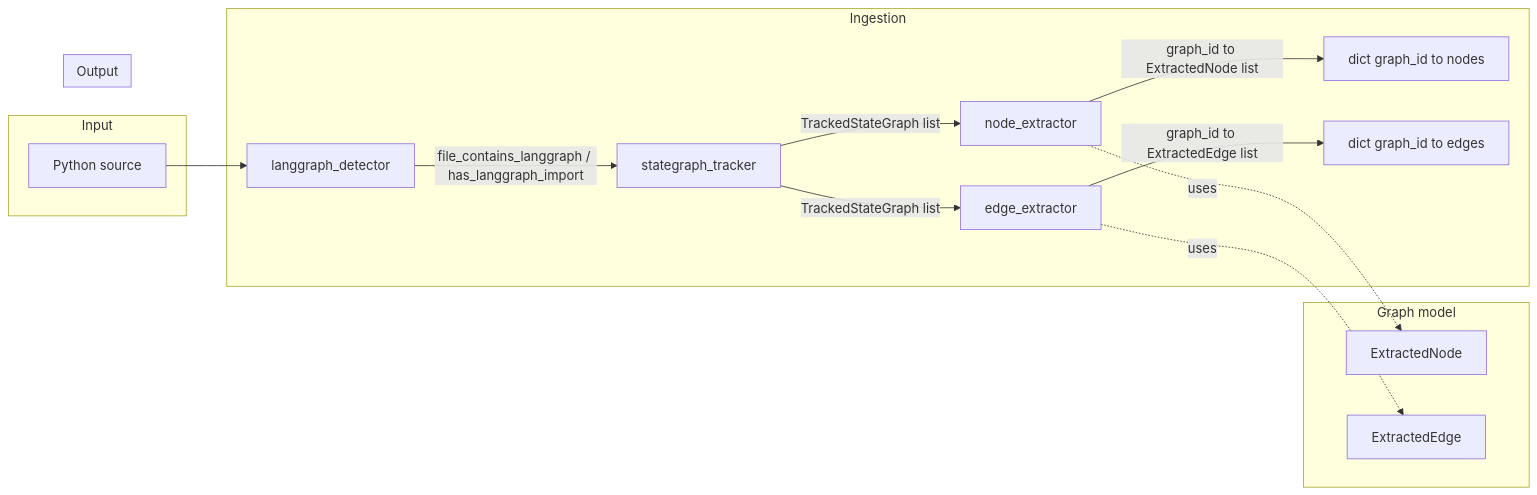
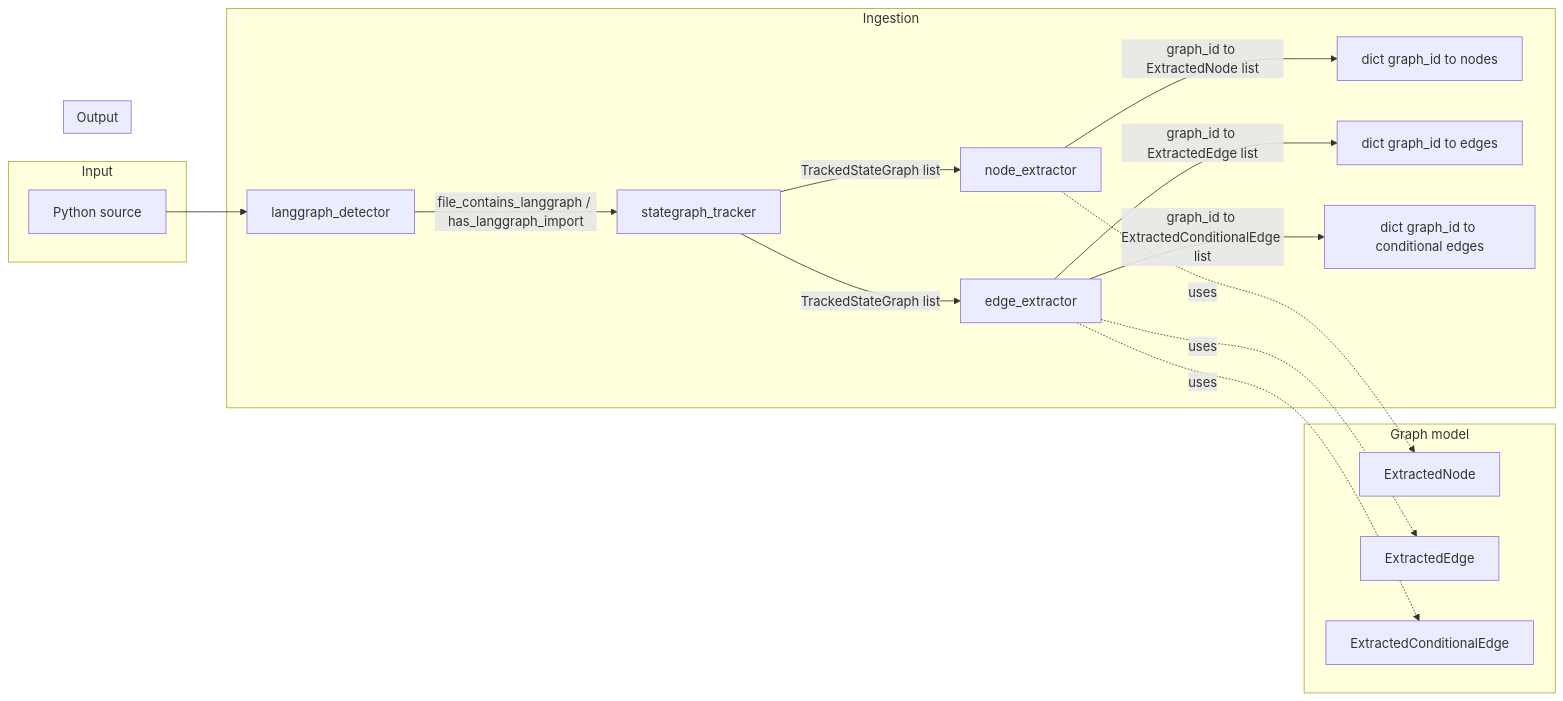
One commit to xZiro-Lab/Noctyl changed the first of 5 diagrams in docs/flow-diagrams.md. Above: the diagram before and after it, drawn with Mermaid. The commit also changed other lines of this file and 6 other files, not shown here.

````diff
--- a/docs/flow-diagrams.md
+++ b/docs/flow-diagrams.md
@@ -13,28 +13,32 @@
 ```mermaid
 flowchart LR
   subgraph input [Input]
     Source[Python source]
   end
   subgraph ingestion [Ingestion]
     Detector[langgraph_detector]
     Tracker[stategraph_tracker]
     NodeExt[node_extractor]
     EdgeExt[edge_extractor]
     Source --> Detector
     Detector -->|file_contains_langgraph / has_langgraph_import| Tracker
     Tracker -->|TrackedStateGraph list| NodeExt
     Tracker -->|TrackedStateGraph list| EdgeExt
     NodeExt -->|graph_id to ExtractedNode list| OutNodes
     EdgeExt -->|graph_id to ExtractedEdge list| OutEdges
+    EdgeExt -->|graph_id to ExtractedConditionalEdge list| OutCondEdges
   end
   subgraph graph [Graph model]
     EN[ExtractedNode]
     EE[ExtractedEdge]
+    CEE[ExtractedConditionalEdge]
   end
   NodeExt -.->|uses| EN
   EdgeExt -.->|uses| EE
+  EdgeExt -.->|uses| CEE
   subgraph output [Output]
     OutNodes[dict graph_id to nodes]
     OutEdges[dict graph_id to edges]
+    OutCondEdges[dict graph_id to conditional edges]
   end
 ```
````
